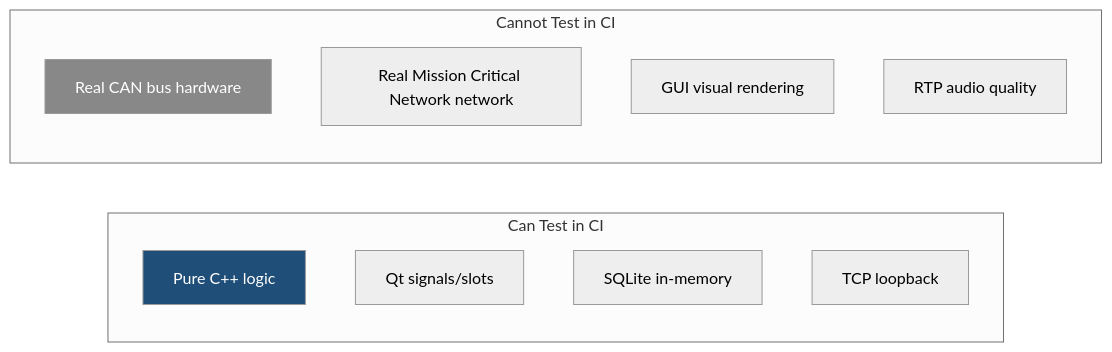
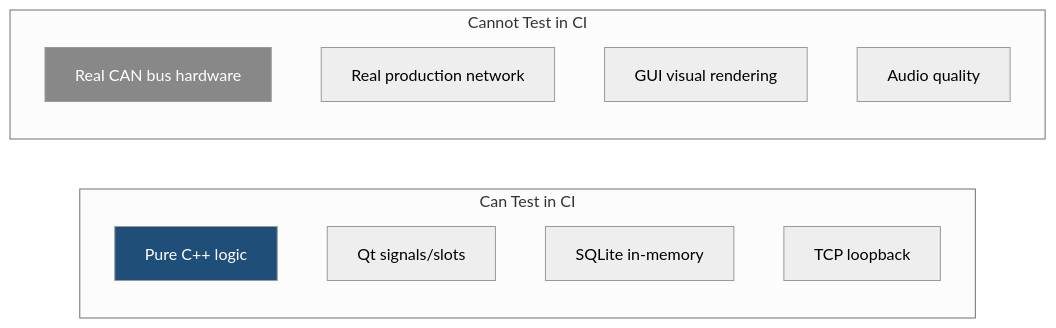
One commit to Apisteftos/QTprojects changed the seventh of 8 diagrams in 12_BuildTestDeploy/qt_cicd_demo/tests/README.md. Above: the diagram before and after it, drawn with Mermaid (neutral theme). The commit also changed other lines of this file and 15 other files, not shown here.

````diff
--- a/12_BuildTestDeploy/qt_cicd_demo/tests/README.md
+++ b/12_BuildTestDeploy/qt_cicd_demo/tests/README.md
@@ -196,19 +196,19 @@
 ```mermaid
 flowchart LR
     subgraph Can Test in CI
         A[Pure C++ logic]
         B[Qt signals/slots]
         C[SQLite in-memory]
         D[TCP loopback]
     end
 
     subgraph Cannot Test in CI
         F[Real CAN bus hardware]
-        G[Real Mission Critical Network network]
+        G[Real production network]
         H[GUI visual rendering]
-        I[RTP audio quality]
+        I[Audio quality]
     end
 
     style A fill:#1F4E79,color:#fff
     style F fill:#888,color:#fff
 ```
````
